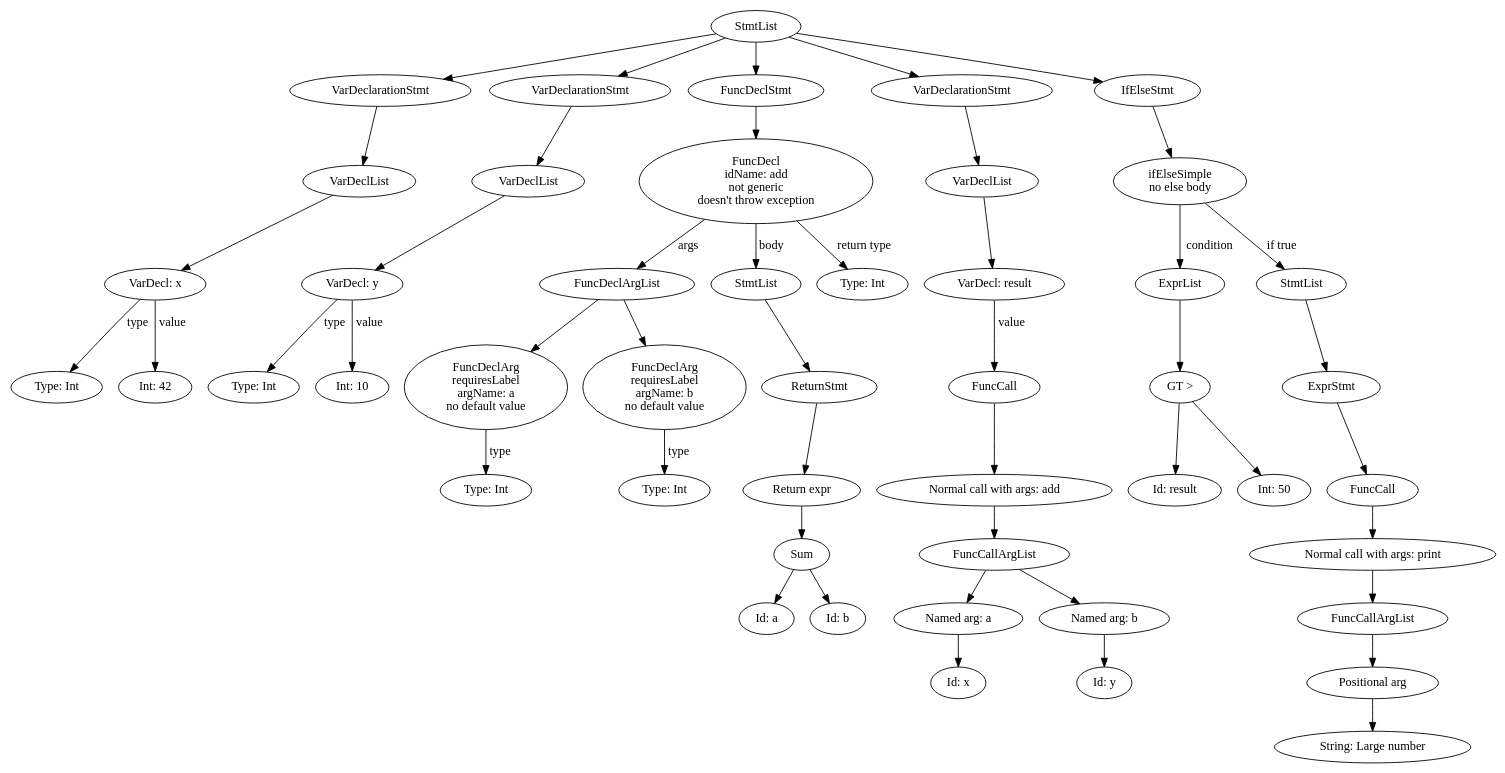
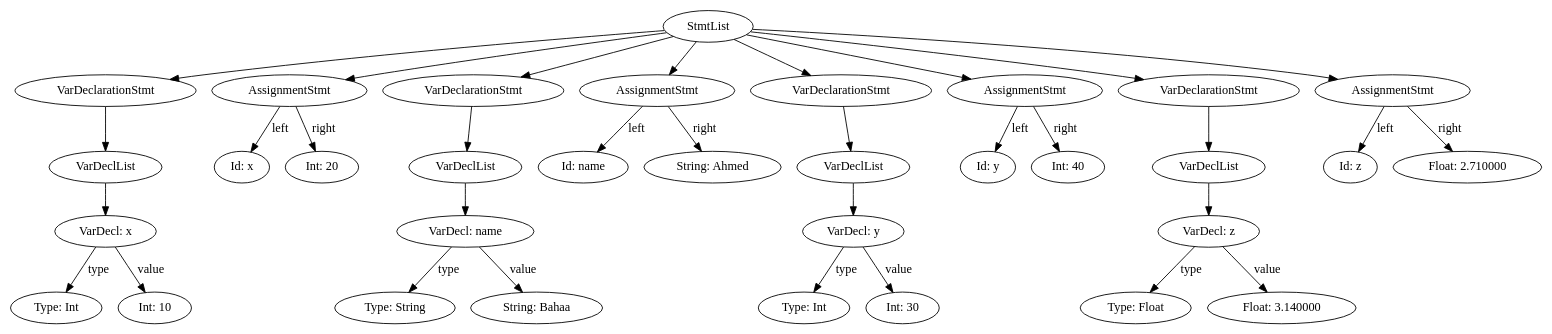
One commit to ZER-DAY/swift-compiler changed the diagram in SwiftLex/swift.dot. Above: the diagram before and after it, drawn with Graphviz. The commit also changed 8 other files, not shown here.

```diff
--- a/SwiftLex/swift.dot
+++ b/SwiftLex/swift.dot
@@ -1,107 +1,67 @@
 digraph swift {
 6 [label="StmtList"]
 6->5
 5 [label="VarDeclarationStmt"]
 5->4
 4 [label="VarDeclList"]
 4->3
 3 [label="VarDecl: x"]
 3->0 [label="type"]
 0 [label="Type: Int"]
 3->2 [label="value"]
-2 [label="Int: 42"]
-6->12
-12 [label="VarDeclarationStmt"]
-12->11
-11 [label="VarDeclList"]
-11->10
-10 [label="VarDecl: y"]
-10->7 [label="type"]
-7 [label="Type: Int"]
-10->9 [label="value"]
-9 [label="Int: 10"]
-6->26
-26 [label="FuncDeclStmt"]
-26->25
-25 [label="FuncDecl
-idName: add
-not generic
-doesn't throw exception"]
-25->15 [label="args"]
-15 [label="FuncDeclArgList"]
+2 [label="Int: 10"]
+6->9
+9 [label="AssignmentStmt"]
+9->7 [label="left"]
+9->8 [label="right"]
+7 [label="Id: x"]
+8 [label="Int: 20"]
+6->15
+15 [label="VarDeclarationStmt"]
 15->14
-14 [label="FuncDeclArg
-requiresLabel
-argName: a
-no default value"]
-14->13 [label="type"]
-13 [label="Type: Int"]
-15->17
-17 [label="FuncDeclArg
-requiresLabel
-argName: b
-no default value"]
-17->16 [label="type"]
-16 [label="Type: Int"]
-25->24 [label="body"]
-24 [label="StmtList"]
+14 [label="VarDeclList"]
+14->13
+13 [label="VarDecl: name"]
+13->10 [label="type"]
+10 [label="Type: String"]
+13->12 [label="value"]
+12 [label="String: Bahaa"]
+6->18
+18 [label="AssignmentStmt"]
+18->16 [label="left"]
+18->17 [label="right"]
+16 [label="Id: name"]
+17 [label="String: Ahmed"]
+6->24
+24 [label="VarDeclarationStmt"]
 24->23
-23 [label="ReturnStmt"]
+23 [label="VarDeclList"]
 23->22
-22 [label="Return expr"]
-22->21
-21 [label="Sum"]
-21->19
-21->20
-19 [label="Id: a"]
-20 [label="Id: b"]
-25->18 [label="return type"]
-18 [label="Type: Int"]
+22 [label="VarDecl: y"]
+22->19 [label="type"]
+19 [label="Type: Int"]
+22->21 [label="value"]
+21 [label="Int: 30"]
+6->27
+27 [label="AssignmentStmt"]
+27->25 [label="left"]
+27->26 [label="right"]
+25 [label="Id: y"]
+26 [label="Int: 40"]
+6->33
+33 [label="VarDeclarationStmt"]
+33->32
+32 [label="VarDeclList"]
+32->31
+31 [label="VarDecl: z"]
+31->28 [label="type"]
+28 [label="Type: Float"]
+31->30 [label="value"]
+30 [label="Float: 3.140000"]
 6->36
-36 [label="VarDeclarationStmt"]
-36->35
-35 [label="VarDeclList"]
-35->34
-34 [label="VarDecl: result"]
-34->33 [label="value"]
-33 [label="FuncCall"]
-33->32
-32 [label="Normal call with args: add"]
-32->29
-29 [label="FuncCallArgList"]
-29->28
-28 [label="Named arg: a"]
-28->27
-27 [label="Id: x"]
-29->31
-31 [label="Named arg: b"]
-31->30
-30 [label="Id: y"]
-6->50
-50 [label="IfElseStmt"]
-50->49
-49 [label="ifElseSimple
-no else body"]
-49->40 [label="condition"]
-40 [label="ExprList"]
-40->39
-39 [label="GT >"]
-39->37
-39->38
-37 [label="Id: result"]
-38 [label="Int: 50"]
-49->48 [label="if true"]
-48 [label="StmtList"]
-48->47
-47 [label="ExprStmt"]
-47->46
-46 [label="FuncCall"]
-46->45
-45 [label="Normal call with args: print"]
-45->44
-44 [label="FuncCallArgList"]
-44->43
-43 [label="Positional arg"]
-43->41
-41 [label="String: Large number"]
+36 [label="AssignmentStmt"]
+36->34 [label="left"]
+36->35 [label="right"]
+34 [label="Id: z"]
+35 [label="Float: 2.710000"]
 }
```
